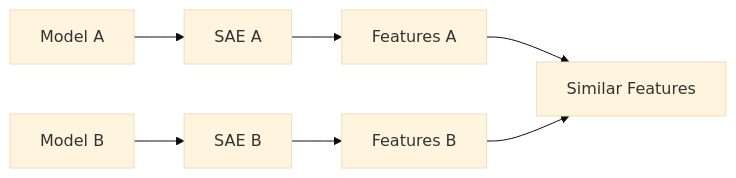
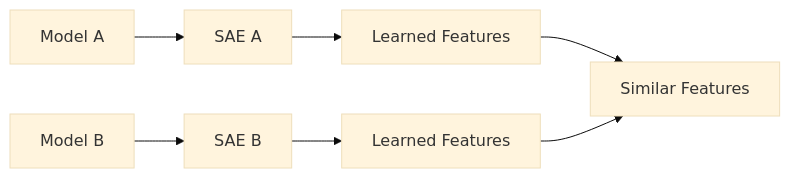
Before and after one commit to humairasoudagar/sparse-autoencoder-interpretability: the ninth of 12 diagrams in papers/anthropic-monosemanticity.md, drawn with Mermaid (base theme). The commit also changed other lines of this file, not shown here.

````diff
--- a/papers/anthropic-monosemanticity.md
+++ b/papers/anthropic-monosemanticity.md
@@ -423,7 +471,11 @@
 ```mermaid
 flowchart LR
-    A[Model A] --> B[SAE A] --> C[Features A]
-    D[Model B] --> E[SAE B] --> F[Features B]
+    A[Model A] --> B[SAE A]
+    B --> C[Learned Features]
+
+    D[Model B] --> E[SAE B]
+    E --> F[Learned Features]
+
     C --> G[Similar Features]
     F --> G
 ```
````
